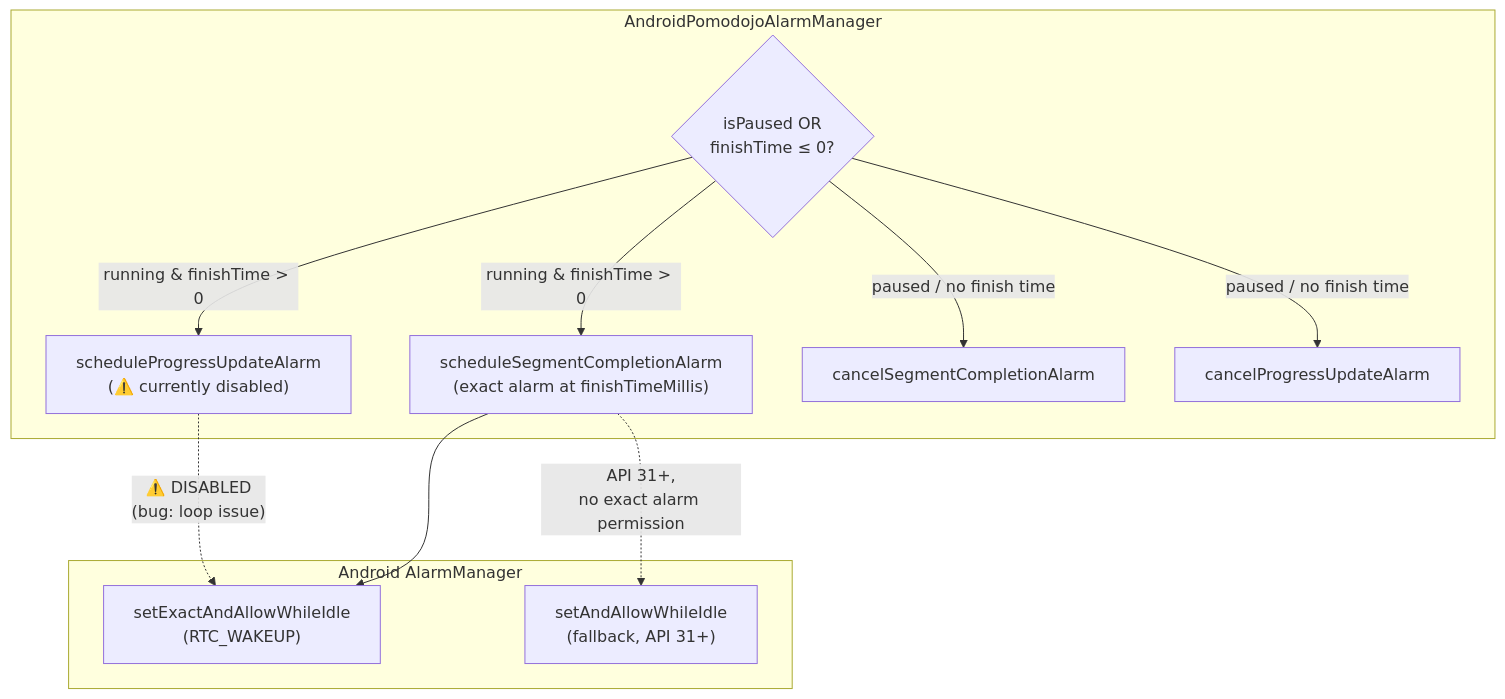
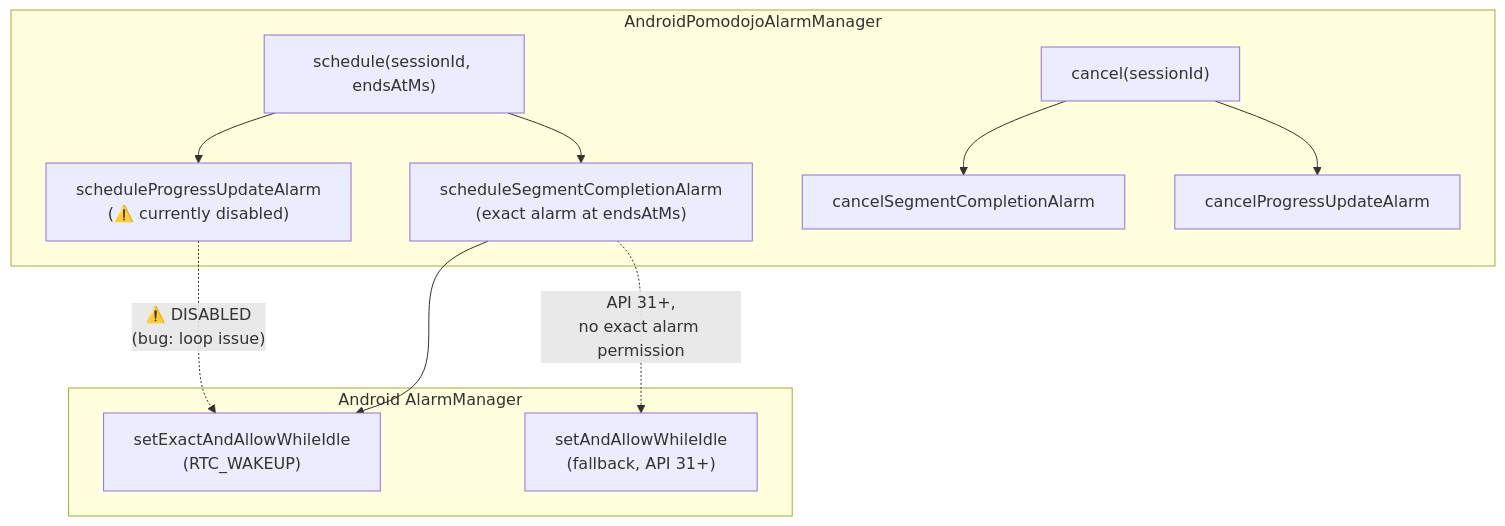
The fifth of 9 diagrams in docs/features/notification/README.md (fakhrymubarak/PomoDojo), drawn with Mermaid before and after one commit. The commit also changed other lines of this file and 28 other files, not shown here.

````diff
--- a/docs/features/notification/README.md
+++ b/docs/features/notification/README.md
@@ -177,23 +132,24 @@
 ```mermaid
 flowchart TD
     subgraph AlarmScheduler["AndroidPomodojoAlarmManager"]
-        CHECK{"isPaused OR\nfinishTime ≤ 0?"}
-        SEG_ALARM["scheduleSegmentCompletionAlarm\n(exact alarm at finishTimeMillis)"]
+        SCHEDULE["schedule(sessionId, endsAtMs)"]
+        CANCEL["cancel(sessionId)"]
+        SEG_ALARM["scheduleSegmentCompletionAlarm\n(exact alarm at endsAtMs)"]
         PROG_ALARM["scheduleProgressUpdateAlarm\n(⚠️ currently disabled)"]
         CANCEL_SEG["cancelSegmentCompletionAlarm"]
         CANCEL_PROG["cancelProgressUpdateAlarm"]
     end
 
     subgraph AlarmAPI["Android AlarmManager"]
         EXACT["setExactAndAllowWhileIdle\n(RTC_WAKEUP)"]
         INEXACT["setAndAllowWhileIdle\n(fallback, API 31+)"]
     end
 
-    CHECK -->|" paused / no finish time "| CANCEL_SEG
-    CHECK -->|" paused / no finish time "| CANCEL_PROG
-    CHECK -->|" running & finishTime > 0 "| SEG_ALARM
-    CHECK -->|" running & finishTime > 0 "| PROG_ALARM
+    SCHEDULE --> SEG_ALARM
+    SCHEDULE --> PROG_ALARM
+    CANCEL --> CANCEL_SEG
+    CANCEL --> CANCEL_PROG
     SEG_ALARM --> EXACT
     SEG_ALARM -.->|" API 31+,\nno exact alarm permission "| INEXACT
     PROG_ALARM -.->|" ⚠️ DISABLED\n(bug: loop issue) "| EXACT
 ```
````
